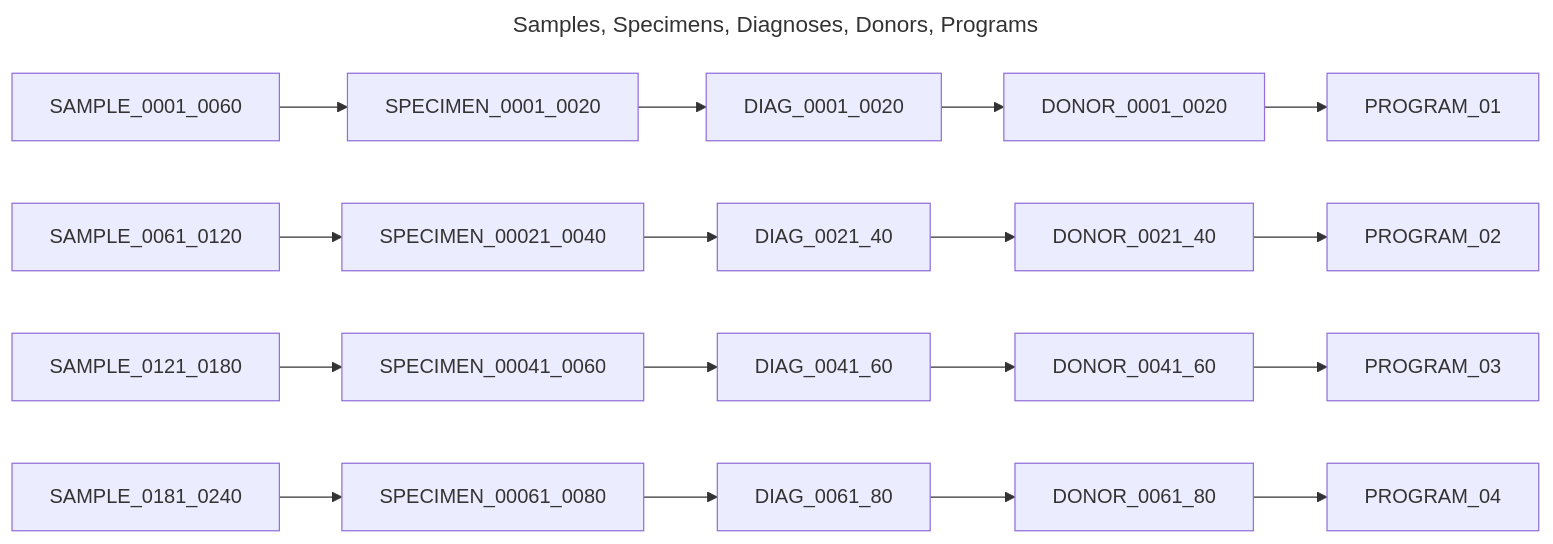
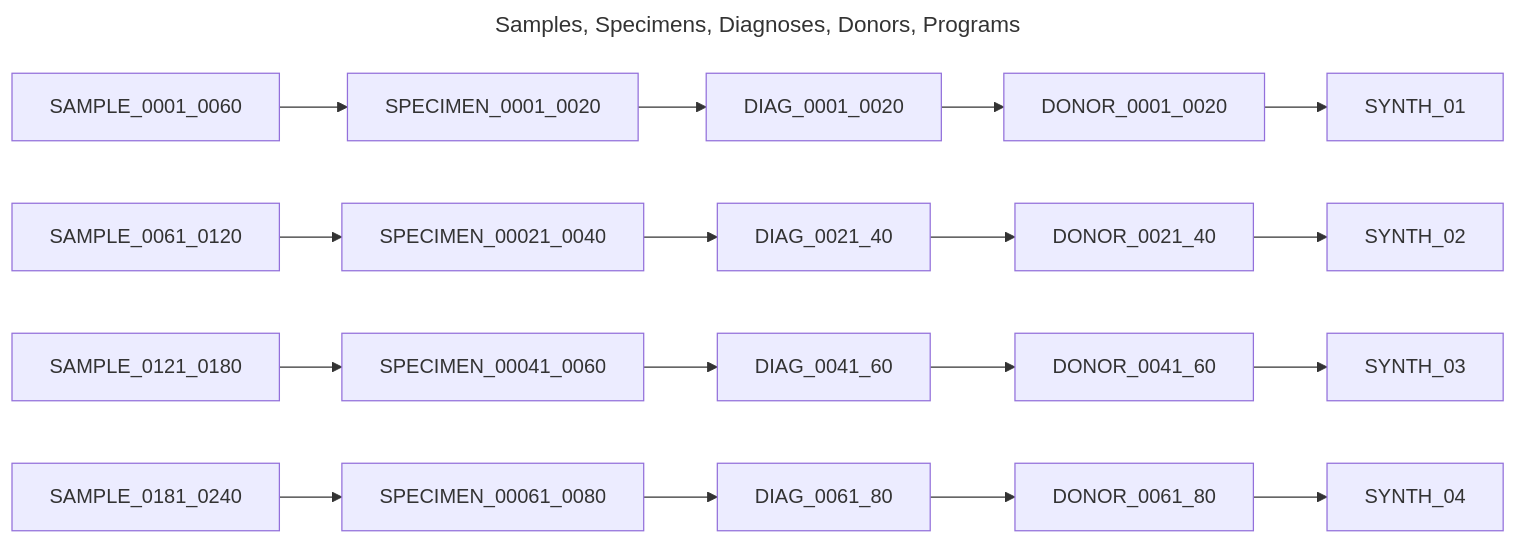
One commit to CanDIG/katsu changed the first of 9 diagrams in chord_metadata_service/mohpackets/data/small_dataset/README.md. Above: the diagram before and after it, drawn with Mermaid. The commit also changed other lines of this file and 14 other files, not shown here.

````diff
--- a/chord_metadata_service/mohpackets/data/small_dataset/README.md
+++ b/chord_metadata_service/mohpackets/data/small_dataset/README.md
@@ -22,14 +22,14 @@
 ```mermaid
 ---
 title: Samples, Specimens, Diagnoses, Donors, Programs
 ---
 graph LR;  
-  SPECIMEN_0001_0020 --> DIAG_0001_0020 --> DONOR_0001_0020 --> PROGRAM_01;  
-  SPECIMEN_00021_0040 --> DIAG_0021_40 --> DONOR_0021_40 --> PROGRAM_02;
-  SPECIMEN_00041_0060 --> DIAG_0041_60 --> DONOR_0041_60 --> PROGRAM_03;
-  SPECIMEN_00061_0080 --> DIAG_0061_80 --> DONOR_0061_80 --> PROGRAM_04;  
+  SPECIMEN_0001_0020 --> DIAG_0001_0020 --> DONOR_0001_0020 --> SYNTH_01;  
+  SPECIMEN_00021_0040 --> DIAG_0021_40 --> DONOR_0021_40 --> SYNTH_02;
+  SPECIMEN_00041_0060 --> DIAG_0041_60 --> DONOR_0041_60 --> SYNTH_03;
+  SPECIMEN_00061_0080 --> DIAG_0061_80 --> DONOR_0061_80 --> SYNTH_04;  
   SAMPLE_0001_0060--> SPECIMEN_0001_0020;
   SAMPLE_0061_0120--> SPECIMEN_00021_0040;
   SAMPLE_0121_0180--> SPECIMEN_00041_0060;
   SAMPLE_0181_0240--> SPECIMEN_00061_0080;
 ```
````
